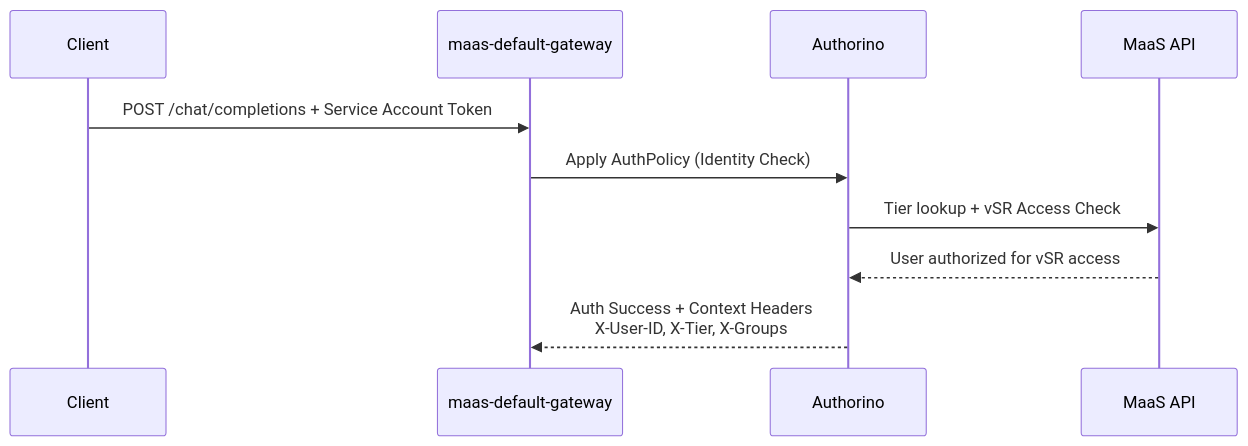
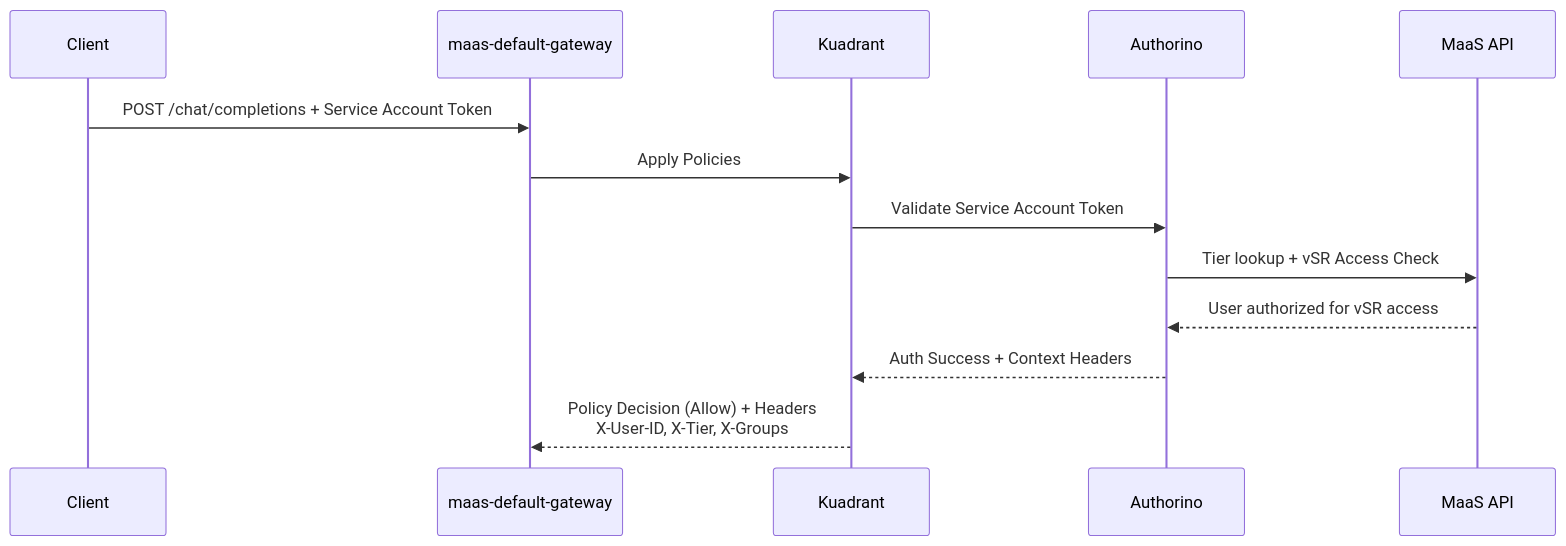
The ninth of 13 diagrams in docs/designs/vSR-Integration/README.md (noyitz/maas-billing), drawn with Mermaid before and after one commit. The commit also changed other lines of this file, not shown here.

First line of the commit message:
Align phases with actual MaaS architecture and Kuadrant flow

````diff
--- a/docs/designs/vSR-Integration/README.md
+++ b/docs/designs/vSR-Integration/README.md
@@ -371,13 +374,16 @@
 ```mermaid
 sequenceDiagram
     participant Client
     participant Gateway as maas-default-gateway
+    participant Kuadrant
     participant Authorino
     participant MaaSAPI as MaaS API
     
     Client->>Gateway: POST /chat/completions + Service Account Token
-    Gateway->>Authorino: Apply AuthPolicy (Identity Check)
+    Gateway->>Kuadrant: Apply Policies
+    Kuadrant->>Authorino: Validate Service Account Token
     Authorino->>MaaSAPI: Tier lookup + vSR Access Check
     MaaSAPI-->>Authorino: User authorized for vSR access
-    Authorino-->>Gateway: Auth Success + Context Headers<br/>X-User-ID, X-Tier, X-Groups
+    Authorino-->>Kuadrant: Auth Success + Context Headers
+    Kuadrant-->>Gateway: Policy Decision (Allow) + Headers<br/>X-User-ID, X-Tier, X-Groups
 ```
````
